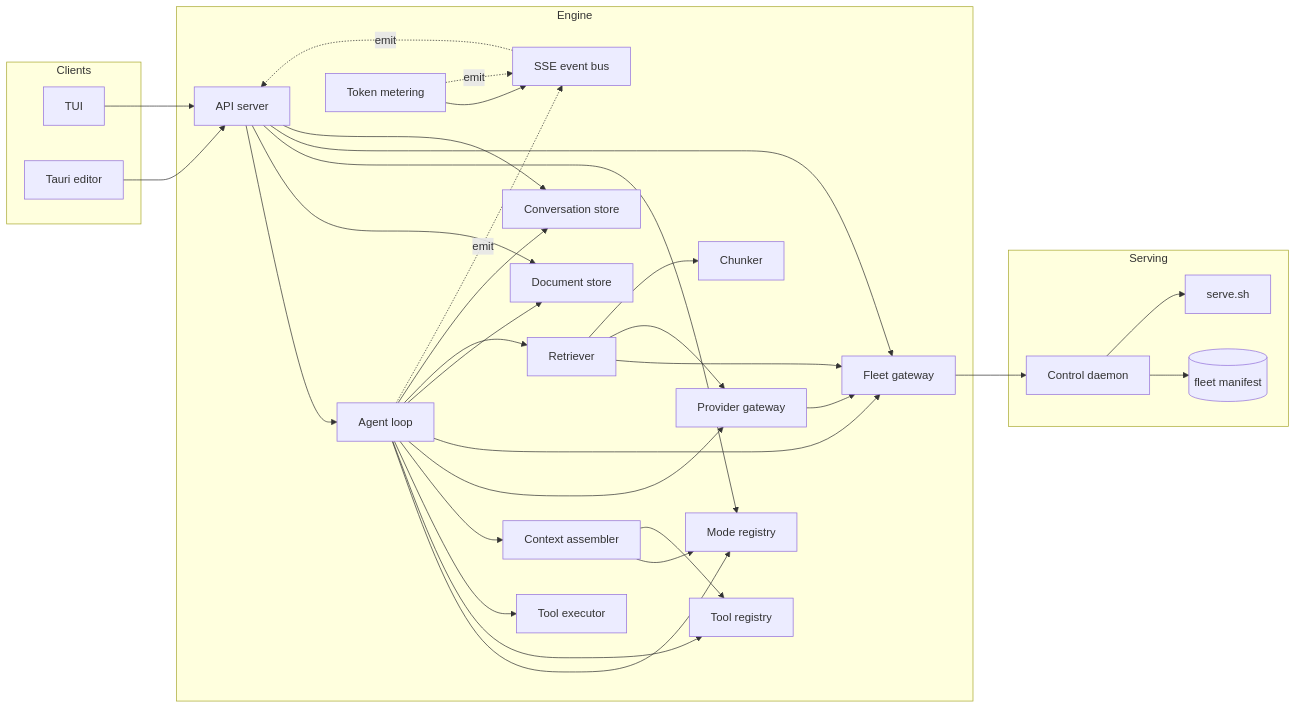
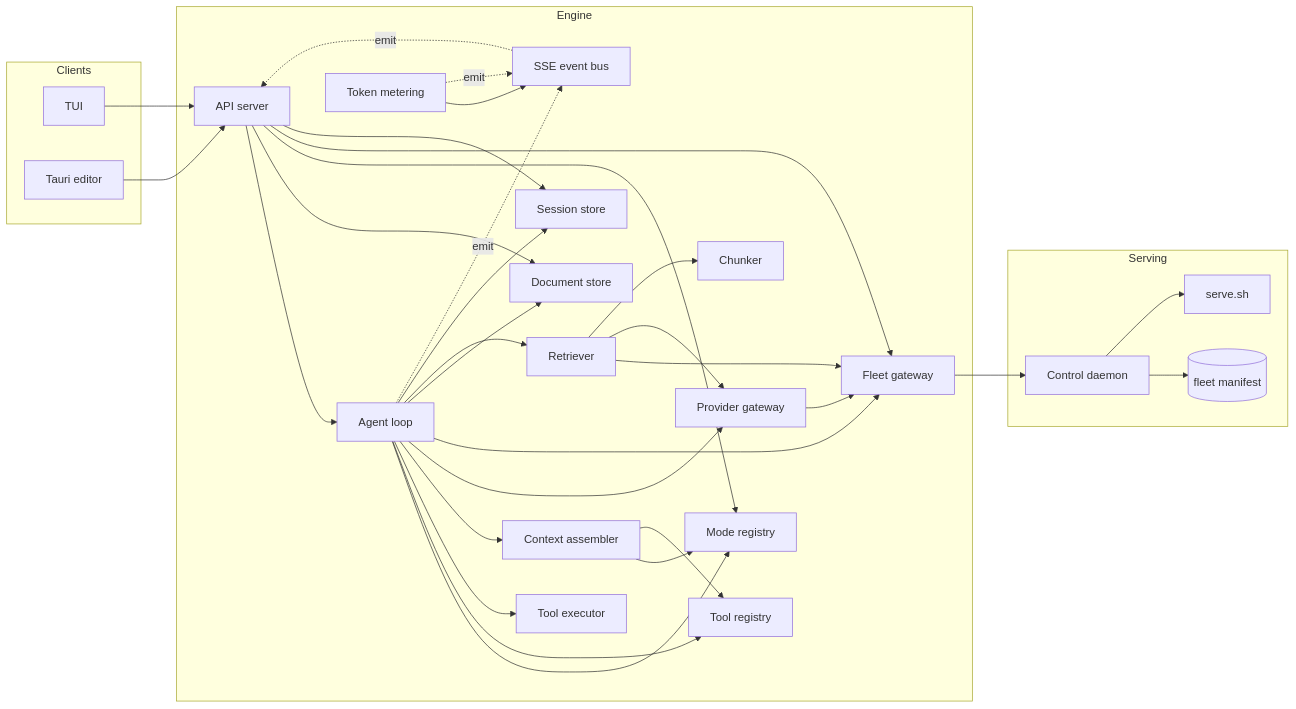
The diagram in docs/writing-assistant/contracts/module-boundaries.md (Snorre98/texteditor), drawn with Mermaid before and after one commit. The commit also changed other lines of this file and 10 other files, not shown here.

````diff
--- a/docs/writing-assistant/contracts/module-boundaries.md
+++ b/docs/writing-assistant/contracts/module-boundaries.md
@@ -58,58 +58,58 @@
 ```mermaid
 flowchart LR
     subgraph clients[Clients]
         TUI[TUI]
         Tauri[Tauri editor]
     end
     subgraph engine[Engine]
         API[API server]
         Loop[Agent loop]
         Assembler[Context assembler]
         Mode[Mode registry]
         ToolReg[Tool registry]
         ToolExec[Tool executor]
         Prov[Provider gateway]
         Fleet[Fleet gateway]
         Meter[Token metering]
         Retriever[Retriever]
         Chunker[Chunker]
         Doc[Document store]
-        Conv[Conversation store]
+        Sess[Session store]
         Bus[SSE event bus]
     end
     subgraph serving[Serving]
         Daemon[Control daemon]
         Manifest[(fleet manifest)]
         Exec[serve.sh]
     end
 
     TUI --> API
     Tauri --> API
     API --> Loop
     API --> Doc
     API --> Mode
     API --> Fleet
-    API --> Conv
+    API --> Sess
     Loop --> Mode
     Loop --> ToolReg
     Loop --> ToolExec
     Loop --> Assembler
     Loop --> Prov
     Loop --> Fleet
     Loop --> Doc
     Loop --> Retriever
-    Loop --> Conv
+    Loop --> Sess
     Assembler --> Mode
     Assembler --> ToolReg
     Retriever --> Fleet
     Retriever --> Prov
     Retriever --> Chunker
     Prov --> Fleet
     Meter --> Bus
     Fleet --> Daemon
     Daemon --> Manifest
     Daemon --> Exec
     Bus -.emit.-> API
     Meter -.emit.-> Bus
     Loop -.emit.-> Bus
 ```
````
